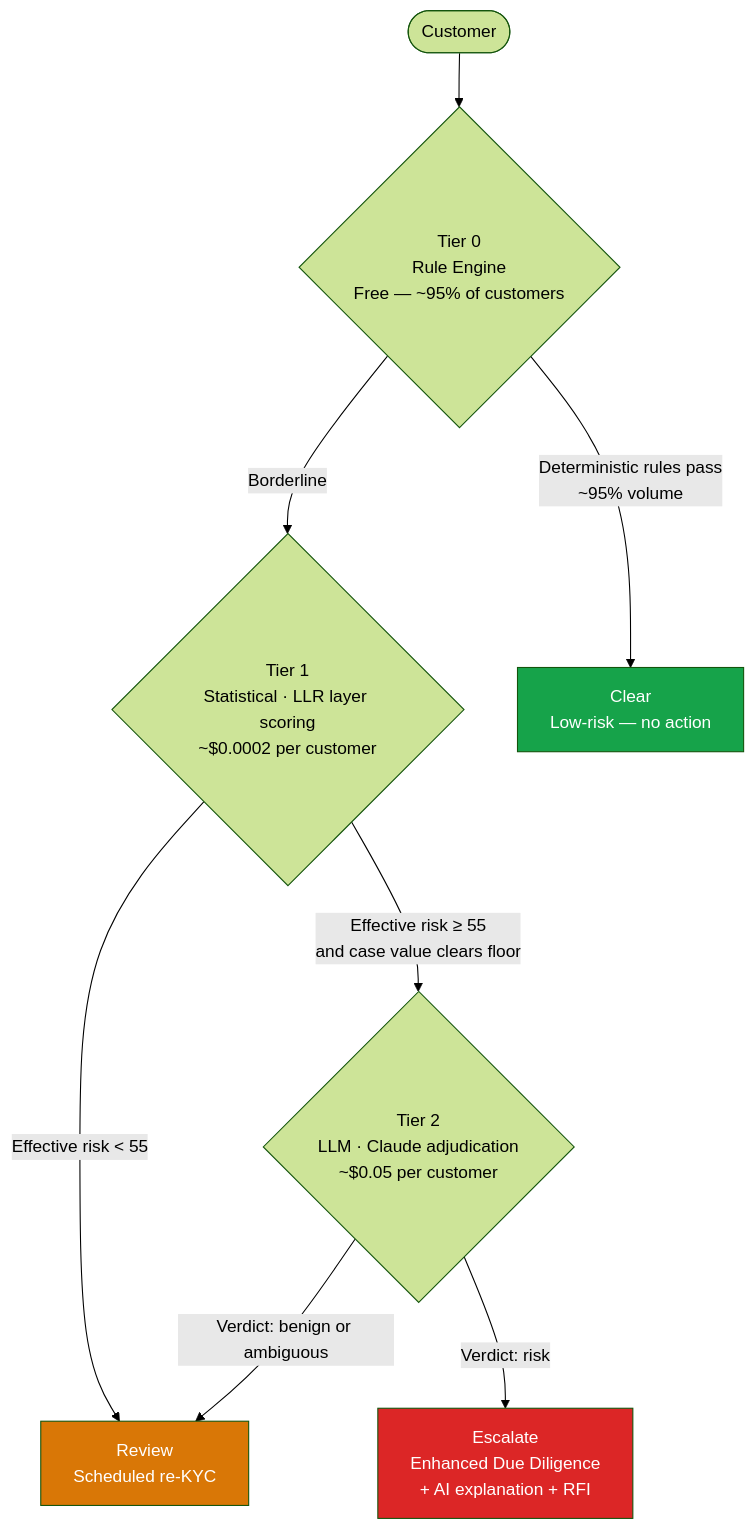
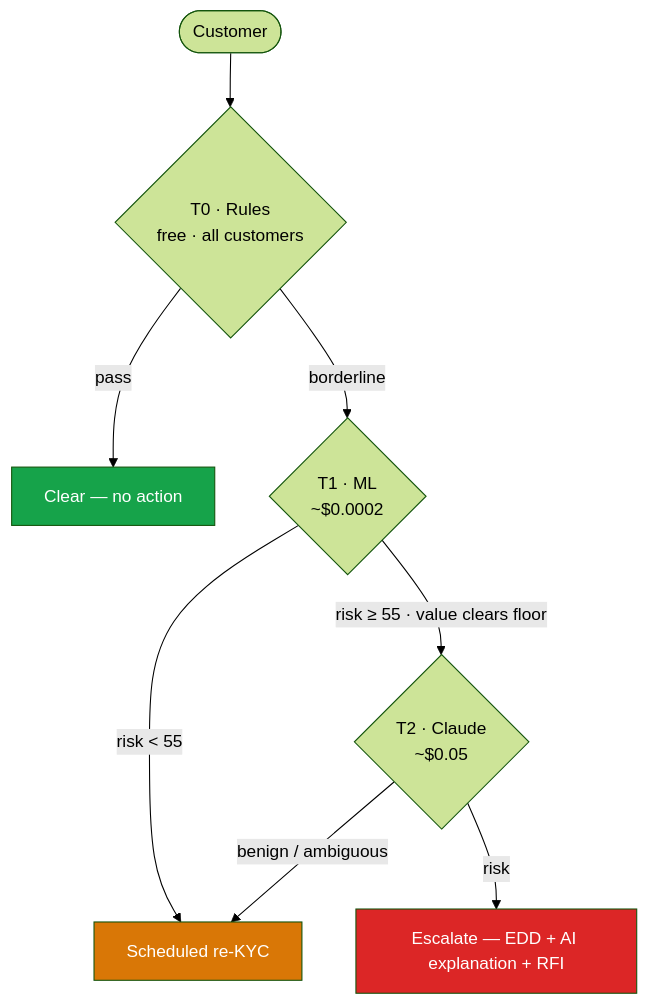
The diagram in docs/drift-engine.md (SteveDok22/Swisshacks-2026), drawn with Mermaid (forest theme) before and after one commit. The commit also changed other lines of this file and 258 other files, not shown here.

````diff
--- a/docs/drift-engine.md
+++ b/docs/drift-engine.md
@@ -196,24 +204,13 @@
 ```mermaid
 flowchart TD
-    Start([Customer])
-
-    T0{"Tier 0\nRule Engine\nFree — ~95% of customers"}
-    T1{"Tier 1\nStatistical · LLR layer scoring\n~$0.0002 per customer"}
-    T2{"Tier 2\nLLM · Claude adjudication\n~$0.05 per customer"}
-
-    Clear["Clear\nLow-risk — no action"]
-    Review["Review\nScheduled re-KYC"]
-    EDD["Escalate\nEnhanced Due Diligence\n+ AI explanation + RFI"]
-
-    Start --> T0
-    T0 -->|"Deterministic rules pass\n~95% volume"| Clear
-    T0 -->|Borderline| T1
-    T1 -->|Effective risk < 55| Review
-    T1 -->|Effective risk ≥ 55\nand case value clears floor| T2
-    T2 -->|Verdict: risk| EDD
-    T2 -->|Verdict: benign or ambiguous| Review
-
+    Start([Customer]) --> T0{"T0 · Rules\nfree · all customers"}
+    T0 -->|pass| Clear["Clear — no action"]
+    T0 -->|borderline| T1{"T1 · ML\n~$0.0002"}
+    T1 -->|risk < 55| Review["Scheduled re-KYC"]
+    T1 -->|risk ≥ 55 · value clears floor| T2{"T2 · Claude\n~$0.05"}
+    T2 -->|risk| EDD["Escalate — EDD + AI explanation + RFI"]
+    T2 -->|benign / ambiguous| Review
     style Clear fill:#16a34a,color:#fff
     style Review fill:#d97706,color:#fff
     style EDD fill:#dc2626,color:#fff
 ```
````
